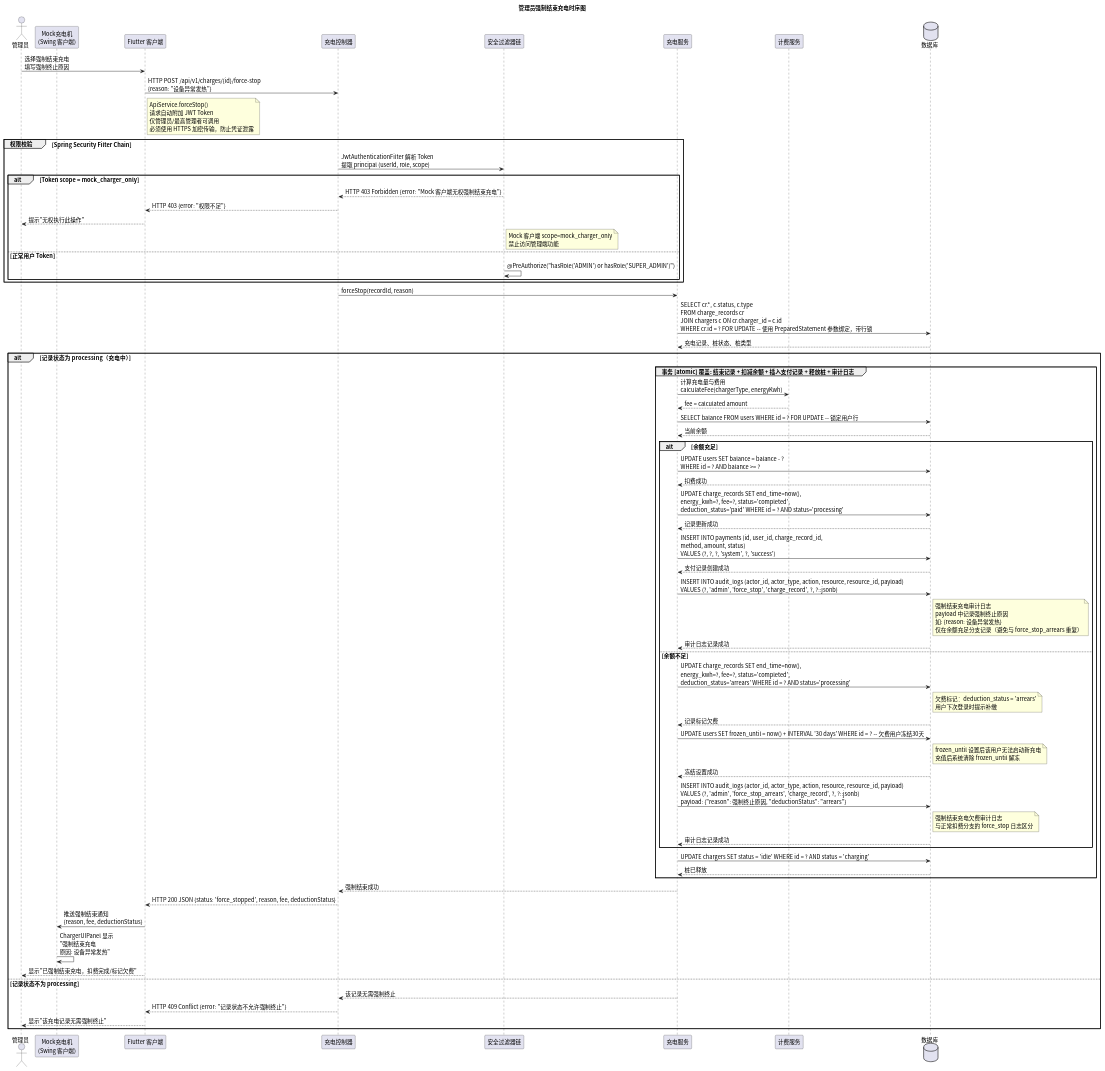
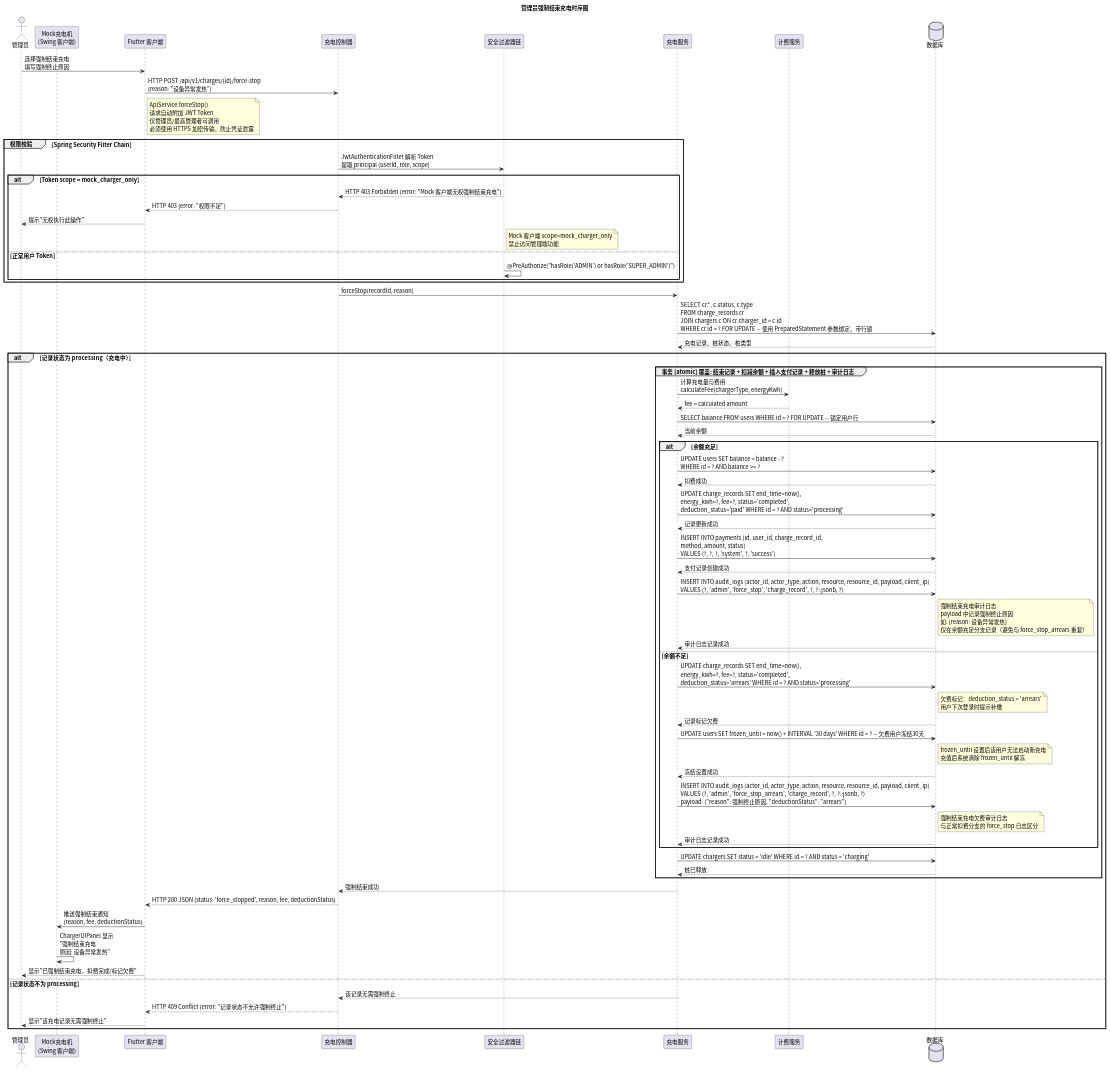
The diagram in time/src/sequence_force_stop.puml (greenhandzdl/charging-station-doc), drawn with PlantUML before and after one commit. The commit also changed 12 other files, not shown here.

```diff
--- a/time/src/sequence_force_stop.puml
+++ b/time/src/sequence_force_stop.puml
@@ -1,87 +1,87 @@
 @startuml
 skinparam defaultFontName "Noto Sans CJK SC"
 skinparam defaultFontSize 14
 title 管理员强制结束充电时序图
 
 ' 所有 SQL 操作使用 PreparedStatement 参数绑定，禁止字符串拼接
 actor 管理员 as Admin
 participant "Mock充电机\n(Swing 客户端)" as MC
 participant "Flutter 客户端" as FE
 participant "充电控制器" as Ctrl
 participant "安全过滤器链" as Security
 participant "充电服务" as Service
 participant "计费服务" as Bill
 database 数据库 as DB
 
 Admin -> FE: 选择强制结束充电\n填写强制终止原因
 FE -> Ctrl: HTTP POST /api/v1/charges/{id}/force-stop\n{reason: "设备异常发热"}
 note right FE : ApiService.forceStop()\n请求自动附加 JWT Token\n仅管理员/最高管理者可调用\n必须使用 HTTPS 加密传输，防止凭证泄露
 
 group 权限校验 [Spring Security Filter Chain]
   Ctrl -> Security: JwtAuthenticationFilter 解析 Token\n提取 principal (userId, role, scope)
 
   alt Token scope = mock_charger_only
     Security --> Ctrl: HTTP 403 Forbidden {error: "Mock 客户端无权强制结束充电"}
     Ctrl --> FE: HTTP 403 {error: "权限不足"}
     FE --> Admin: 提示"无权执行此操作"
     note right Security : Mock 客户端 scope=mock_charger_only\n禁止访问管理端功能
   else 正常用户 Token
     Security -> Security: @PreAuthorize("hasRole('ADMIN') or hasRole('SUPER_ADMIN')")
   end
 end
 
 Ctrl -> Service: forceStop(recordId, reason)
 
 Service -> DB: SELECT cr.*, c.status, c.type\nFROM charge_records cr\nJOIN chargers c ON cr.charger_id = c.id\nWHERE cr.id = ? FOR UPDATE -- 使用 PreparedStatement 参数绑定，带行锁
 DB --> Service: 充电记录、桩状态、桩类型
 
 alt 记录状态为 processing（充电中）
   group 事务 [atomic] 覆盖: 结束记录 + 扣减余额 + 插入支付记录 + 释放桩 + 审计日志
     Service -> Bill: 计算充电量与费用\ncalculateFee(chargerType, energyKwh)
 Bill --> Service: fee = calculated amount
 
     Service -> DB: SELECT balance FROM users WHERE id = ? FOR UPDATE -- 锁定用户行
     DB --> Service: 当前余额
 
     alt 余额充足
       Service -> DB: UPDATE users SET balance = balance - ?\nWHERE id = ? AND balance >= ?
       DB --> Service: 扣费成功
 
       Service -> DB: UPDATE charge_records SET end_time=now(),\nenergy_kwh=?, fee=?, status='completed',\ndeduction_status='paid' WHERE id = ? AND status='processing'
       DB --> Service: 记录更新成功
 
       Service -> DB: INSERT INTO payments (id, user_id, charge_record_id,\nmethod, amount, status)\nVALUES (?, ?, ?, 'system', ?, 'success')
       DB --> Service: 支付记录创建成功
 
-      Service -> DB: INSERT INTO audit_logs (actor_id, actor_type, action, resource, resource_id, payload)\nVALUES (?, 'admin', 'force_stop', 'charge_record', ?, ?::jsonb)
+      Service -> DB: INSERT INTO audit_logs (actor_id, actor_type, action, resource, resource_id, payload, client_ip)\nVALUES (?, 'admin', 'force_stop', 'charge_record', ?, ?::jsonb, ?)
       note right DB : 强制结束充电审计日志\npayload 中记录强制终止原因\n如: {\"reason\": \"设备异常发热\"}\n仅在余额充足分支记录（避免与 force_stop_arrears 重复）
       DB --> Service: 审计日志记录成功
     else 余额不足
       Service -> DB: UPDATE charge_records SET end_time=now(),\nenergy_kwh=?, fee=?, status='completed',\ndeduction_status='arrears' WHERE id = ? AND status='processing'
       note right DB : 欠费标记：deduction_status = 'arrears'\n用户下次登录时提示补缴
       DB --> Service: 记录标记欠费
 
       Service -> DB: UPDATE users SET frozen_until = now() + INTERVAL '30 days' WHERE id = ? -- 欠费用户冻结30天
       note right DB : frozen_until 设置后该用户无法启动新充电\n充值后系统清除 frozen_until 解冻
       DB --> Service: 冻结设置成功
 
-      Service -> DB: INSERT INTO audit_logs (actor_id, actor_type, action, resource, resource_id, payload)\nVALUES (?, 'admin', 'force_stop_arrears', 'charge_record', ?, ?::jsonb)\npayload: {"reason": 强制终止原因, "deductionStatus": "arrears"}
+      Service -> DB: INSERT INTO audit_logs (actor_id, actor_type, action, resource, resource_id, payload, client_ip)\nVALUES (?, 'admin', 'force_stop_arrears', 'charge_record', ?, ?::jsonb, ?)\npayload: {"reason": 强制终止原因, "deductionStatus": "arrears"}
       note right DB : 强制结束充电欠费审计日志\n与正常扣费分支的 force_stop 日志区分
       DB --> Service: 审计日志记录成功
     end
 
     Service -> DB: UPDATE chargers SET status = 'idle' WHERE id = ? AND status = 'charging'
     DB --> Service: 桩已释放
   end
 
   Service --> Ctrl: 强制结束成功
   Ctrl --> FE: HTTP 200 JSON {status: 'force_stopped', reason, fee, deductionStatus}
   FE -> MC: 推送强制结束通知\n{reason, fee, deductionStatus}
   MC -> MC: ChargerUIPanel 显示\n"强制结束充电\n原因: 设备异常发热"
   FE --> Admin: 显示"已强制结束充电，扣费完成/标记欠费"
 else 记录状态不为 processing
   Service --> Ctrl: 该记录无需强制终止
   Ctrl --> FE: HTTP 409 Conflict {error: "记录状态不允许强制终止"}
   FE --> Admin: 显示"该充电记录无需强制终止"
 end
 @enduml
```
